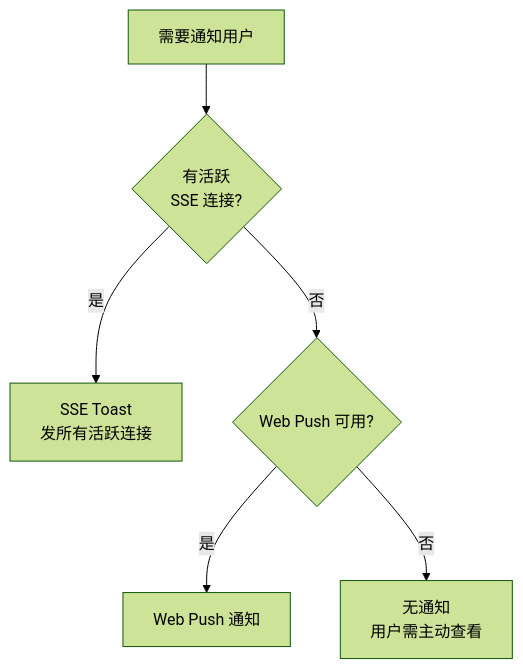
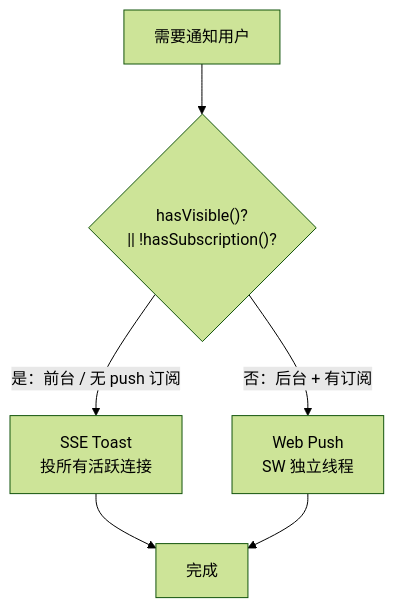
The fourth of 8 diagrams in docs/architecture/hub/push/README.md (ModuBit/mobi), drawn with Mermaid (forest theme) before and after one commit. The commit also changed other lines of this file and 5 other files, not shown here.

````diff
--- a/docs/architecture/hub/push/README.md
+++ b/docs/architecture/hub/push/README.md
@@ -159,15 +159,14 @@
 ```mermaid
 flowchart TB
     need[需要通知用户]
-    active{有活跃<br/>SSE 连接?}
-    sse[SSE Toast<br/>发所有活跃连接]
-    push{Web Push 可用?}
-    webpush[Web Push 通知]
-    fallback[无通知<br/>用户需主动查看]
+    decide{"hasVisible()?<br/>|| !hasSubscription()?"}
+    sse[SSE Toast<br/>投所有活跃连接]
+    webpush[Web Push<br/>SW 独立线程]
+    done[完成]
 
-    need --> active
-    active -->|是| sse
-    active -->|否| push
-    push -->|是| webpush
-    push -->|否| fallback
+    need --> decide
+    decide -->|"是：前台 / 无 push 订阅"| sse
+    decide -->|"否：后台 + 有订阅"| webpush
+    sse --> done
+    webpush --> done
 ```
````
